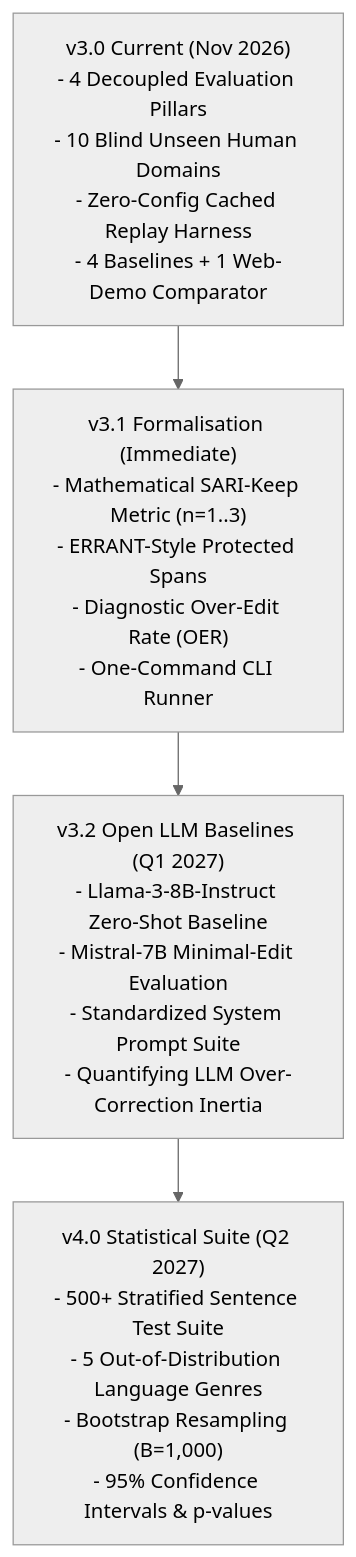
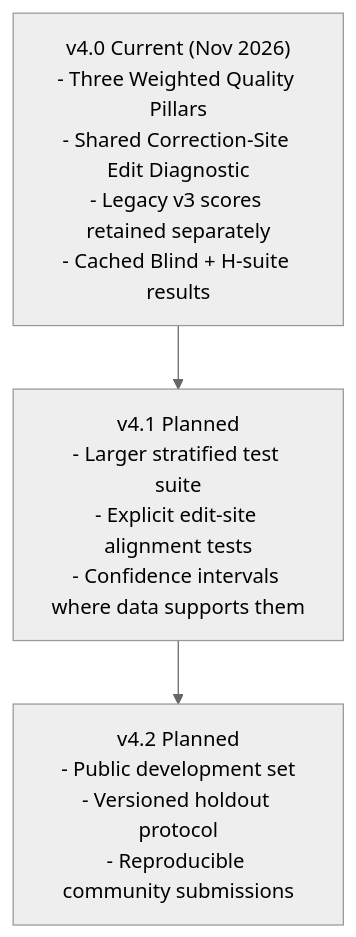
Before and after one commit to IBIYP/Voice-Preserving-AI-Spellcheck-Benchmar: the second of 2 diagrams in ROADMAP.md, drawn with Mermaid (neutral theme). The commit also changed other lines of this file and 33 other files, not shown here.

````diff
--- a/ROADMAP.md
+++ b/ROADMAP.md
@@ -29,11 +29,9 @@
 ```mermaid
 flowchart TD
-    v30["v3.0 Current (Nov 2026)<br>- 4 Decoupled Evaluation Pillars<br>- 10 Blind Unseen Human Domains<br>- Zero-Config Cached Replay Harness<br>- 4 Baselines + 1 Web-Demo Comparator"]
-    v31["v3.1 Formalisation (Immediate)<br>- Mathematical SARI-Keep Metric (n=1..3)<br>- ERRANT-Style Protected Spans<br>- Diagnostic Over-Edit Rate (OER)<br>- One-Command CLI Runner"]
-    v32["v3.2 Open LLM Baselines (Q1 2027)<br>- Llama-3-8B-Instruct Zero-Shot Baseline<br>- Mistral-7B Minimal-Edit Evaluation<br>- Standardized System Prompt Suite<br>- Quantifying LLM Over-Correction Inertia"]
-    v40["v4.0 Statistical Suite (Q2 2027)<br>- 500+ Stratified Sentence Test Suite<br>- 5 Out-of-Distribution Language Genres<br>- Bootstrap Resampling (B=1,000)<br>- 95% Confidence Intervals & p-values"]
+    v40["v4.0 Current (Nov 2026)<br>- Three Weighted Quality Pillars<br>- Shared Correction-Site Edit Diagnostic<br>- Legacy v3 scores retained separately<br>- Cached Blind + H-suite results"]
+    v41["v4.1 Planned<br>- Larger stratified test suite<br>- Explicit edit-site alignment tests<br>- Confidence intervals where data supports them"]
+    v42["v4.2 Planned<br>- Public development set<br>- Versioned holdout protocol<br>- Reproducible community submissions"]
 
-    v30 --> v31
-    v31 --> v32
-    v32 --> v40
+    v40 --> v41
+    v41 --> v42
 ```
````
